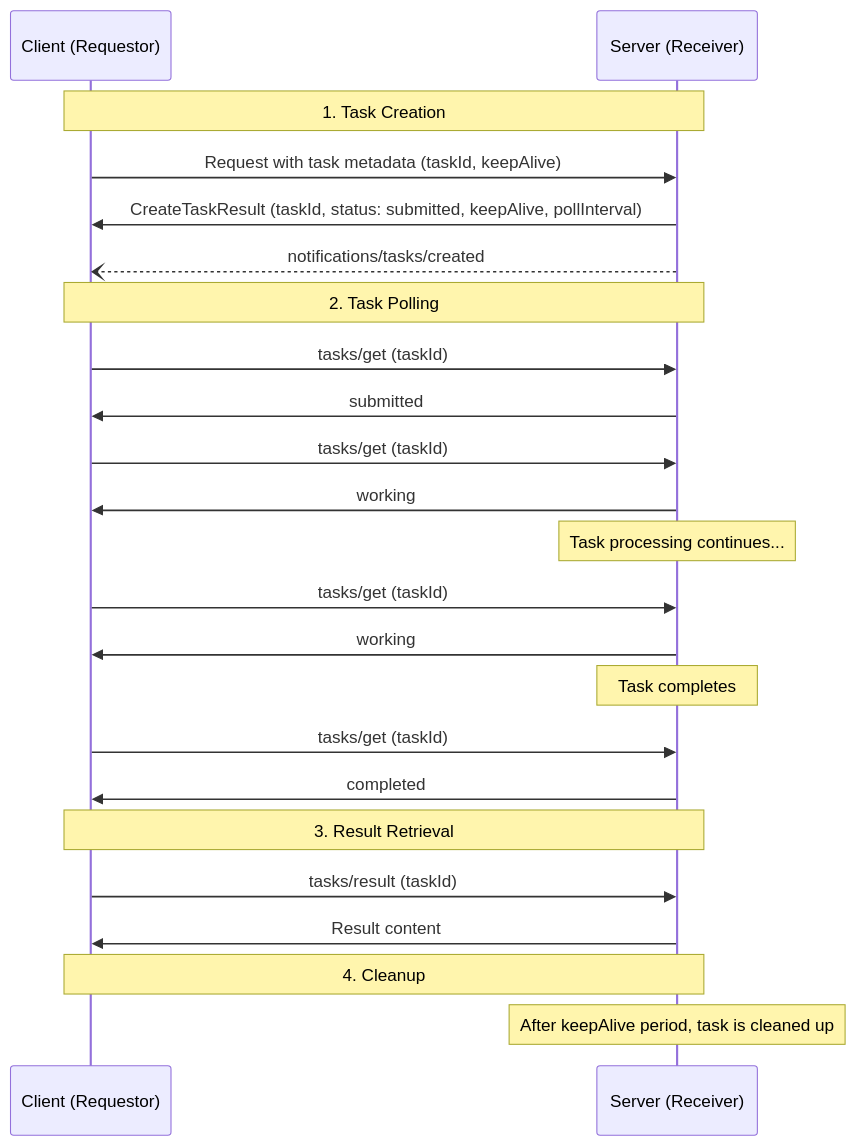
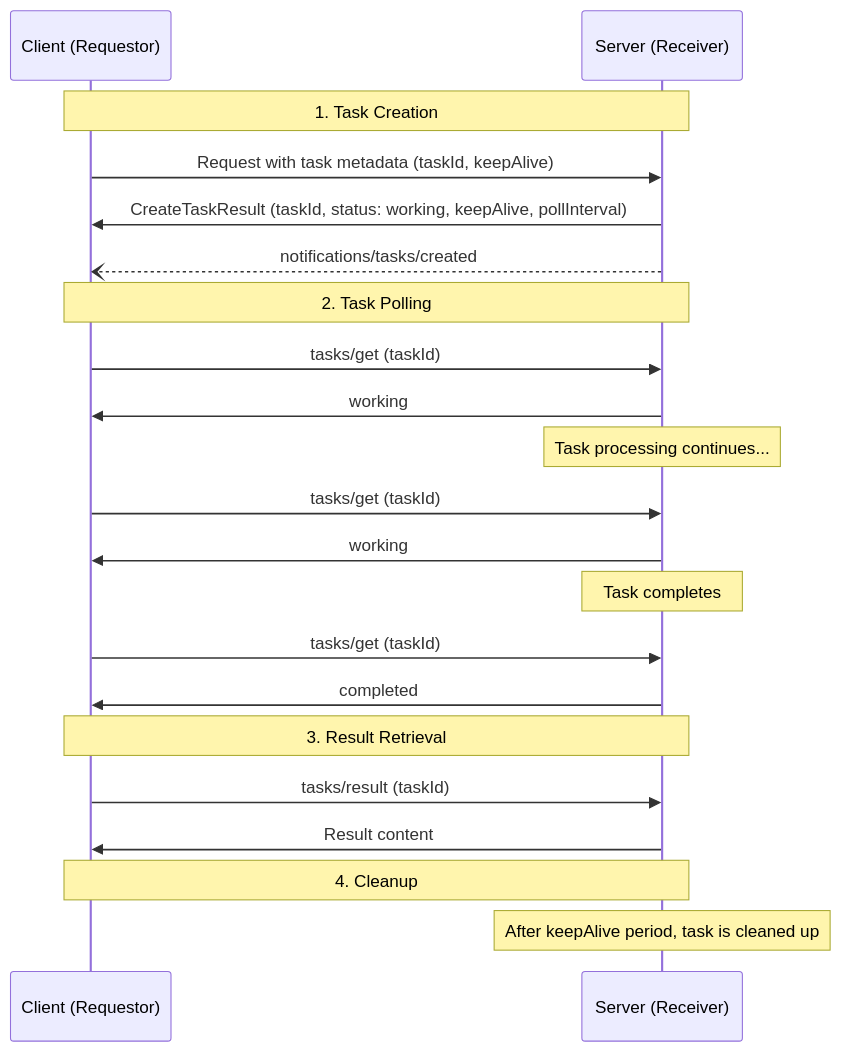
The second of 6 diagrams in docs/specification/draft/basic/utilities/tasks.mdx (scottslewis/modelcontextprotocol), drawn with Mermaid before and after one commit. The commit also changed other lines of this file and 3 other files, not shown here.

````diff
--- a/docs/specification/draft/basic/utilities/tasks.mdx
+++ b/docs/specification/draft/basic/utilities/tasks.mdx
@@ -454,25 +447,23 @@
 ```mermaid
 sequenceDiagram
     participant C as Client (Requestor)
     participant S as Server (Receiver)
     Note over C,S: 1. Task Creation
     C->>S: Request with task metadata (taskId, keepAlive)
-    S->>C: CreateTaskResult (taskId, status: submitted, keepAlive, pollInterval)
+    S->>C: CreateTaskResult (taskId, status: working, keepAlive, pollInterval)
     S--)C: notifications/tasks/created
     Note over C,S: 2. Task Polling
-    C->>S: tasks/get (taskId)
-    S->>C: submitted
     C->>S: tasks/get (taskId)
     S->>C: working
     Note over S: Task processing continues...
     C->>S: tasks/get (taskId)
     S->>C: working
     Note over S: Task completes
     C->>S: tasks/get (taskId)
     S->>C: completed
     Note over C,S: 3. Result Retrieval
     C->>S: tasks/result (taskId)
     S->>C: Result content
     Note over C,S: 4. Cleanup
     Note over S: After keepAlive period, task is cleaned up
 ```
````
